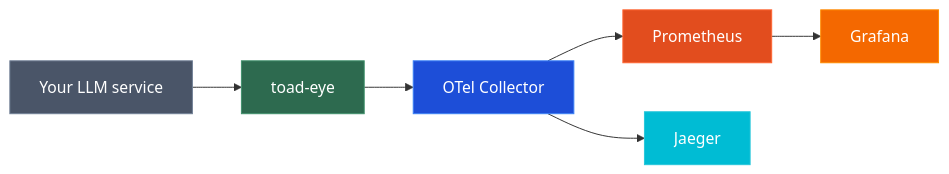
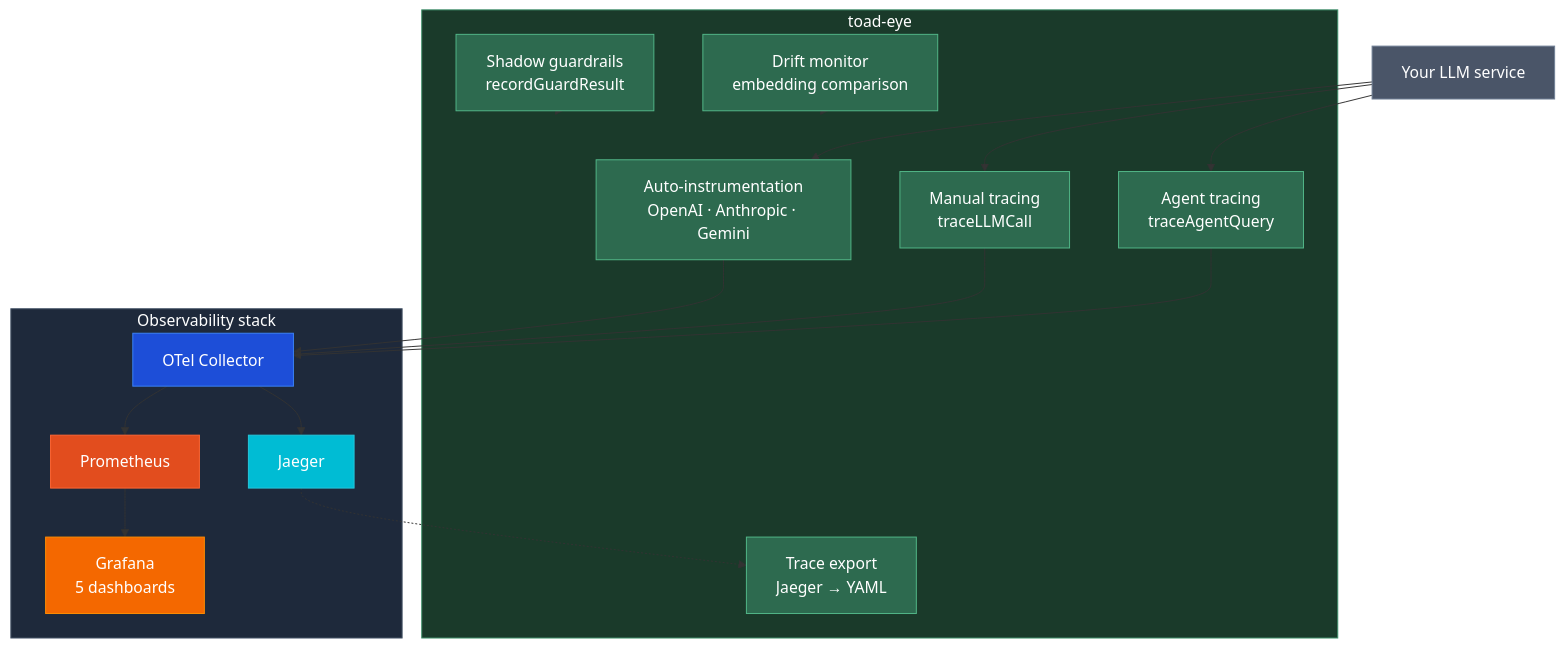
The diagram in README.md (vola-trebla/toad-eye), drawn with Mermaid before and after one commit.

Commit message:
docs: update architecture diagram — show toad-eye internals and data flow

````diff
--- a/README.md
+++ b/README.md
@@ -237,20 +237,42 @@
 ```mermaid
-flowchart LR
+flowchart TB
     App["Your LLM service"]
-    Inst["toad-eye"]
-    Coll["OTel Collector"]
-    Prom["Prometheus"]
-    Jaeger["Jaeger"]
-    Graf["Grafana"]
 
-    App --> Inst --> Coll
+    subgraph ToadEye["toad-eye"]
+        Auto["Auto-instrumentation<br/>OpenAI · Anthropic · Gemini"]
+        Manual["Manual tracing<br/>traceLLMCall"]
+        Agent["Agent tracing<br/>traceAgentQuery"]
+        Guard["Shadow guardrails<br/>recordGuardResult"]
+        Drift["Drift monitor<br/>embedding comparison"]
+        Export["Trace export<br/>Jaeger → YAML"]
+    end
+
+    subgraph Stack["Observability stack"]
+        Coll["OTel Collector"]
+        Prom["Prometheus"]
+        Jaeger["Jaeger"]
+        Graf["Grafana<br/>5 dashboards"]
+    end
+
+    App --> Auto & Manual & Agent
+    Guard --> ToadEye
+    Drift --> ToadEye
+    Auto & Manual & Agent --> Coll
     Coll --> Prom --> Graf
     Coll --> Jaeger
+    Jaeger -.-> Export
 
     style App fill:#4a5568,stroke:#718096,color:#fff
-    style Inst fill:#2d6a4f,stroke:#40916c,color:#fff
+    style ToadEye fill:#1a3a2a,stroke:#40916c,color:#fff
+    style Auto fill:#2d6a4f,stroke:#52b788,color:#fff
+    style Manual fill:#2d6a4f,stroke:#52b788,color:#fff
+    style Agent fill:#2d6a4f,stroke:#52b788,color:#fff
+    style Guard fill:#2d6a4f,stroke:#52b788,color:#fff
+    style Drift fill:#2d6a4f,stroke:#52b788,color:#fff
+    style Export fill:#2d6a4f,stroke:#52b788,color:#fff
+    style Stack fill:#1e293b,stroke:#475569,color:#fff
     style Coll fill:#1d4ed8,stroke:#3b82f6,color:#fff
     style Prom fill:#e24d1e,stroke:#ff6633,color:#fff
     style Jaeger fill:#00bcd4,stroke:#26c6da,color:#fff
     style Graf fill:#f46800,stroke:#ff8c00,color:#fff
 ```
````
